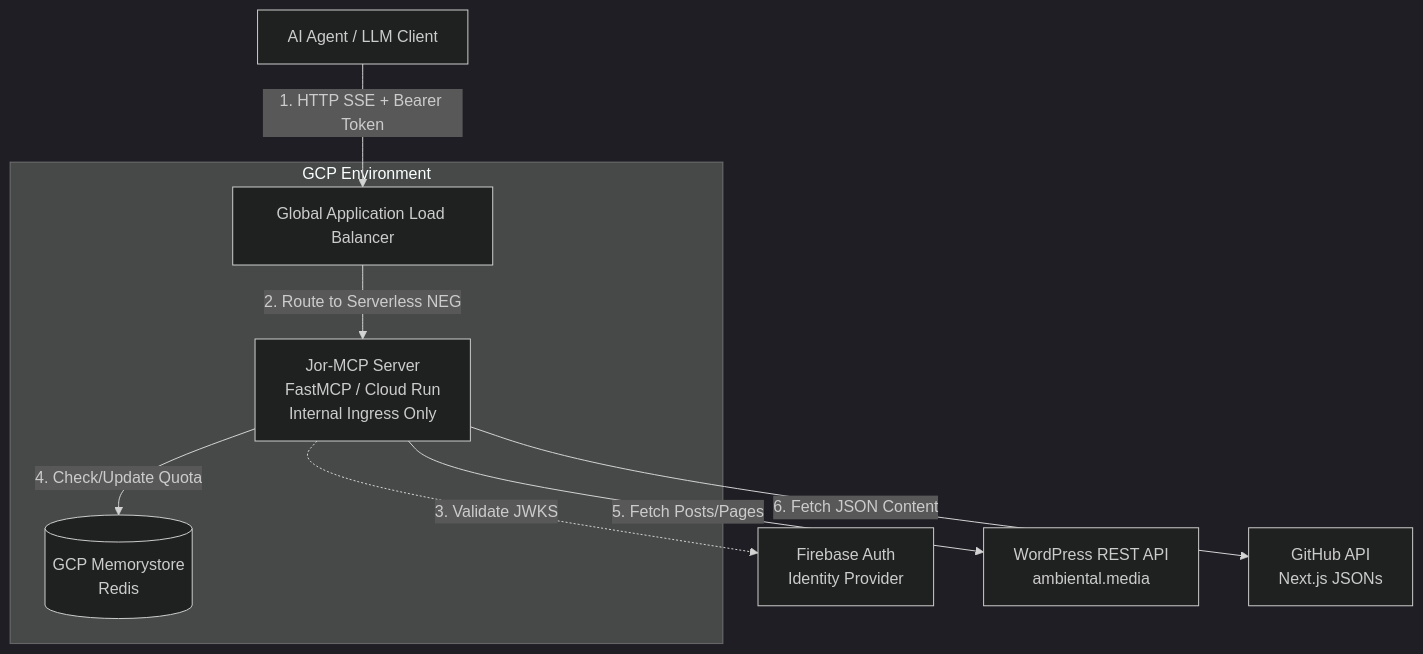
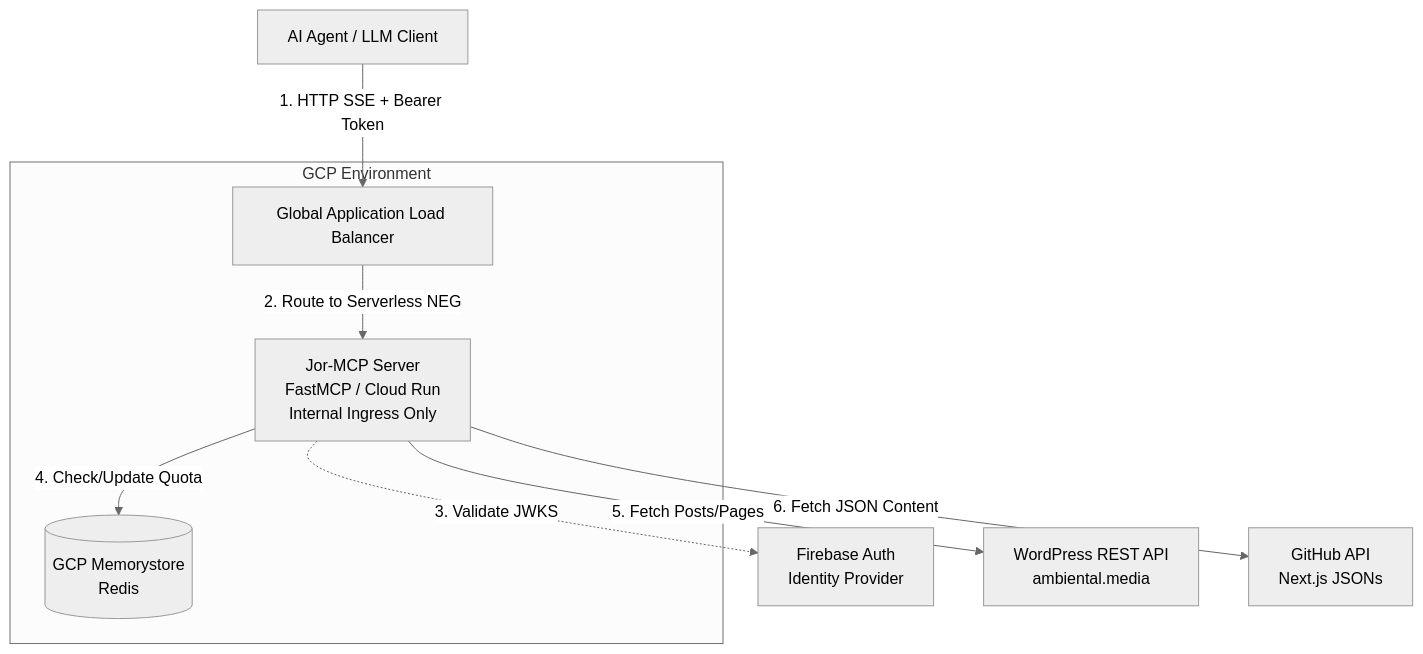
The first of 2 diagrams in docs/1-technical/architecture.md (ambiental-media/jor-mcp), drawn with Mermaid before and after one commit.

Commit message:
change diagram theme

````diff
--- a/docs/1-technical/architecture.md
+++ b/docs/1-technical/architecture.md
@@ -9,32 +9,32 @@
 ```mermaid
-%%{init: {'theme': 'dark'}}%%
+%%{init: {'theme': 'neutral'}}%%
 graph TD
     %% External Actors
     Client[AI Agent / LLM Client]
     
     %% Core System
     subgraph GCP Environment
         LB[Global Application Load Balancer]
         JorMCP[Jor-MCP Server \n FastMCP / Cloud Run \n Internal Ingress Only]
         Redis[(GCP Memorystore \n Redis)]
     end
     
     %% External Services
     FirebaseAuth[Firebase Auth \n Identity Provider]
     WP[WordPress REST API \n ambiental.media]
     GH[GitHub API \n Next.js JSONs]
 
     %% Relationships
     Client -- "1. HTTP SSE + Bearer Token" --> LB
     LB -- "2. Route to Serverless NEG" --> JorMCP
     JorMCP -. "3. Validate JWKS" .-> FirebaseAuth
     JorMCP -- "4. Check/Update Quota" --> Redis
     JorMCP -- "5. Fetch Posts/Pages" --> WP
     JorMCP -- "6. Fetch JSON Content" --> GH
     
     
     class Client,FirebaseAuth,WP,GH external;
     class JorMCP internal;
     class LB gateway;
     class Redis db;
 ```
````
